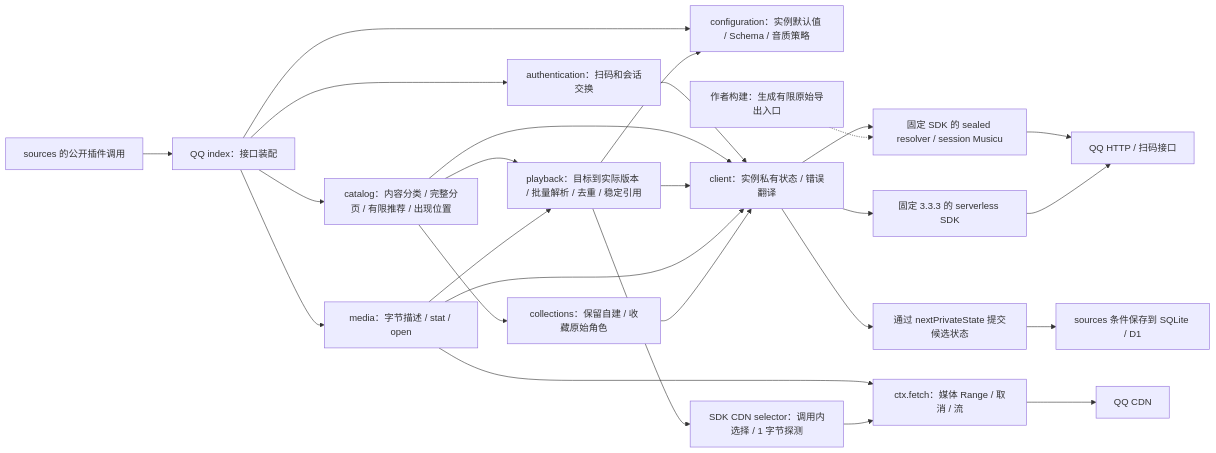
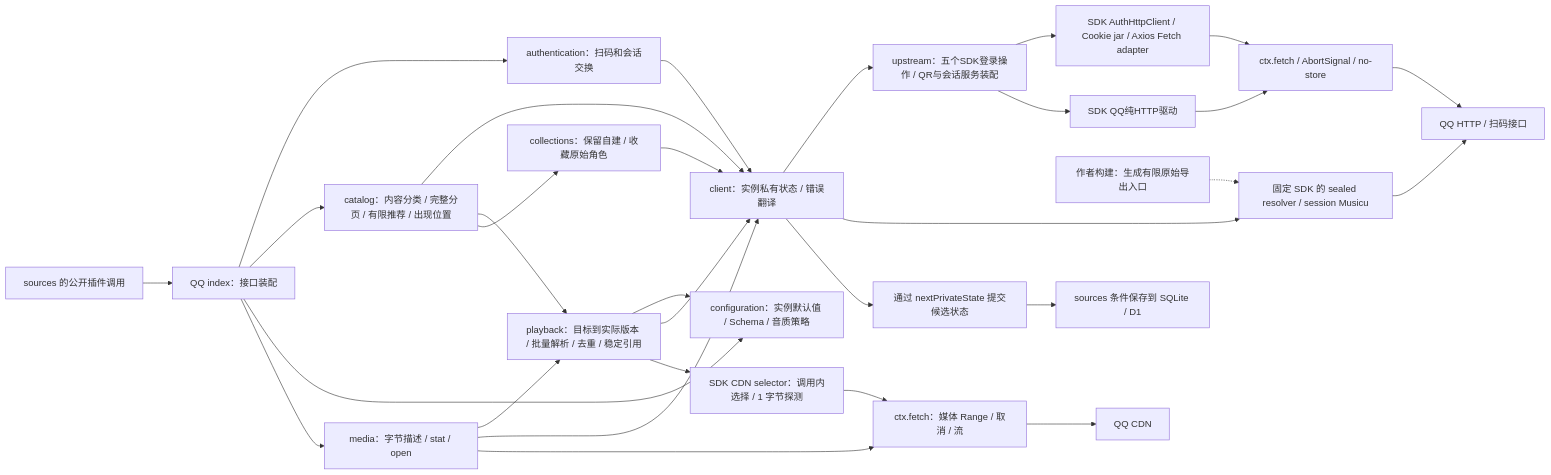
Before and after one commit to shengyusi-SYS/musicfs: the seventh of 13 diagrams in docs/architecture/diagrams.md, drawn with Mermaid. The commit also changed other lines of this file and 37 other files, not shown here.

````diff
--- a/docs/architecture/diagrams.md
+++ b/docs/architecture/diagrams.md
@@ -223,28 +223,32 @@
 ```mermaid
 flowchart LR
   Core["sources 的公开插件调用"] --> Entry["QQ index：接口装配"]
   Entry --> Auth["authentication：扫码和会话交换"]
   Entry --> Catalog["catalog：内容分类 / 完整分页 / 有限推荐 / 出现位置"]
   Entry --> Config["configuration：实例默认值 / Schema / 音质策略"]
   Entry --> Media["media：字节描述 / stat / open"]
   Auth --> Client["client：实例私有状态 / 错误翻译"]
   Catalog --> Client
   Catalog --> Playback["playback：目标到实际版本 / 批量解析 / 去重 / 稳定引用"]
   Playback --> Config
   Playback --> Client
   Media --> Playback
   Media --> Client
-  Client --> SDK["固定 3.3.3 的 serverless SDK"]
+  Client --> Ports["upstream：五个SDK登录操作 / QR与会话服务装配"]
+  Ports --> Http["SDK AuthHttpClient / Cookie jar / Axios Fetch adapter"]
+  Ports --> Driver["SDK QQ纯HTTP驱动"]
   Catalog --> Collections["collections：保留自建 / 收藏原始角色"]
   Collections --> Client
   Client --> RPC["固定 SDK 的 sealed resolver / session Musicu"]
   RPC --> QQ
   Build["作者构建：生成有限原始导出入口"] -.-> RPC
-  SDK --> QQ["QQ HTTP / 扫码接口"]
+  Http --> HostFetch["ctx.fetch / AbortSignal / no-store"]
+  Driver --> HostFetch
+  HostFetch --> QQ["QQ HTTP / 扫码接口"]
   Media --> Fetch["ctx.fetch：媒体 Range / 取消 / 流"]
   Playback --> Select["SDK CDN selector：调用内选择 / 1 字节探测"]
   Select --> Fetch
   Fetch --> CDN["QQ CDN"]
   Client --> State["通过 nextPrivateState 提交候选状态"]
   State --> CAS["sources 条件保存到 SQLite / D1"]
 ```
````
